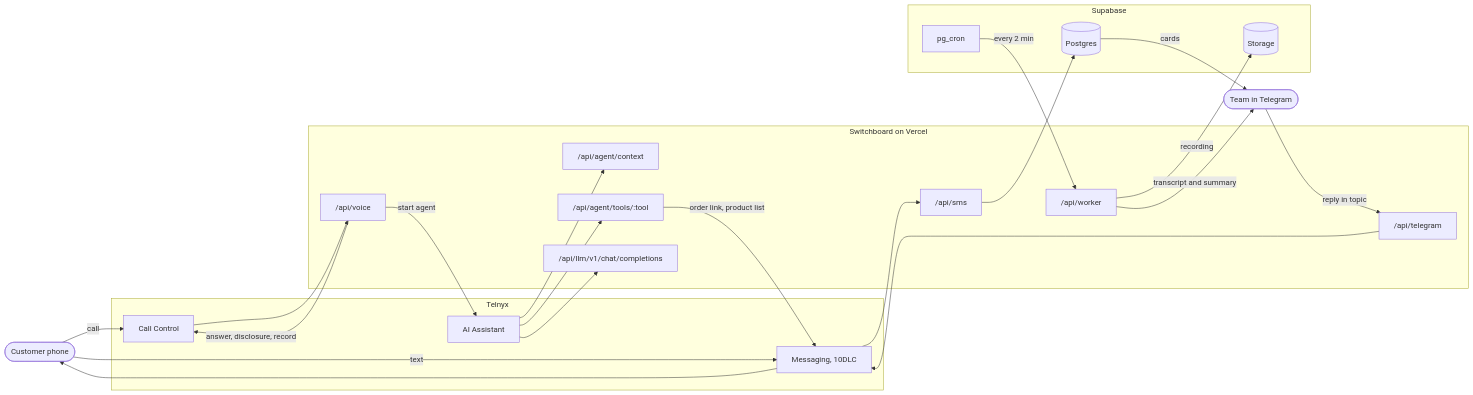
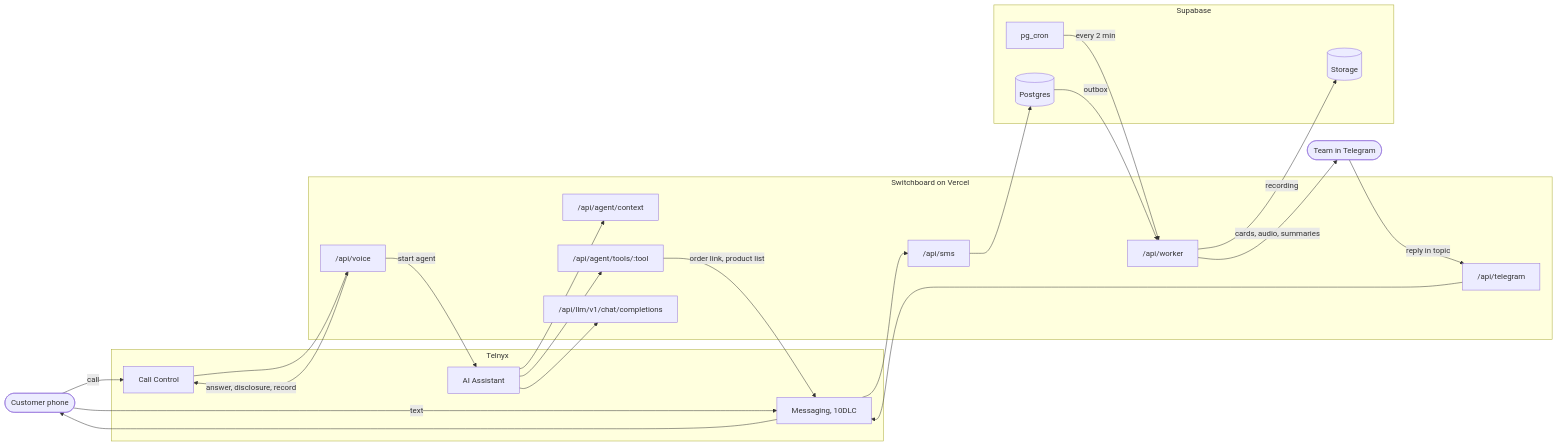
The diagram in README.md (karimbabasf/switchboard), drawn with Mermaid before and after one commit. The commit also changed other lines of this file and 7 other files, not shown here.

````diff
--- a/README.md
+++ b/README.md
@@ -29,39 +29,39 @@
 ```mermaid
 flowchart LR
   caller([Customer phone])
   team([Team in Telegram])
 
   subgraph telnyx [Telnyx]
     cc[Call Control]
     ai[AI Assistant]
     sms[Messaging, 10DLC]
   end
 
   subgraph app [Switchboard on Vercel]
     voice["/api/voice"]
     ctx["/api/agent/context"]
     tools["/api/agent/tools/:tool"]
     llm["/api/llm/v1/chat/completions"]
     inbound["/api/sms"]
     bot["/api/telegram"]
     worker["/api/worker"]
   end
 
   subgraph supa [Supabase]
     db[(Postgres)]
     files[(Storage)]
     cron[pg_cron]
   end
 
   caller -- call --> cc --> voice
   voice -- answer, disclosure, record --> cc
   voice -- start agent --> ai
   ai --> ctx & tools & llm
   tools -- order link, product list --> sms
   caller -- text --> sms --> inbound --> db
   cron -- every 2 min --> worker
   worker -- recording --> files
-  worker -- transcript and summary --> team
-  db -- cards --> team
+  db -- outbox --> worker
+  worker -- cards, audio, summaries --> team
   team -- reply in topic --> bot --> sms --> caller
 ```
````
